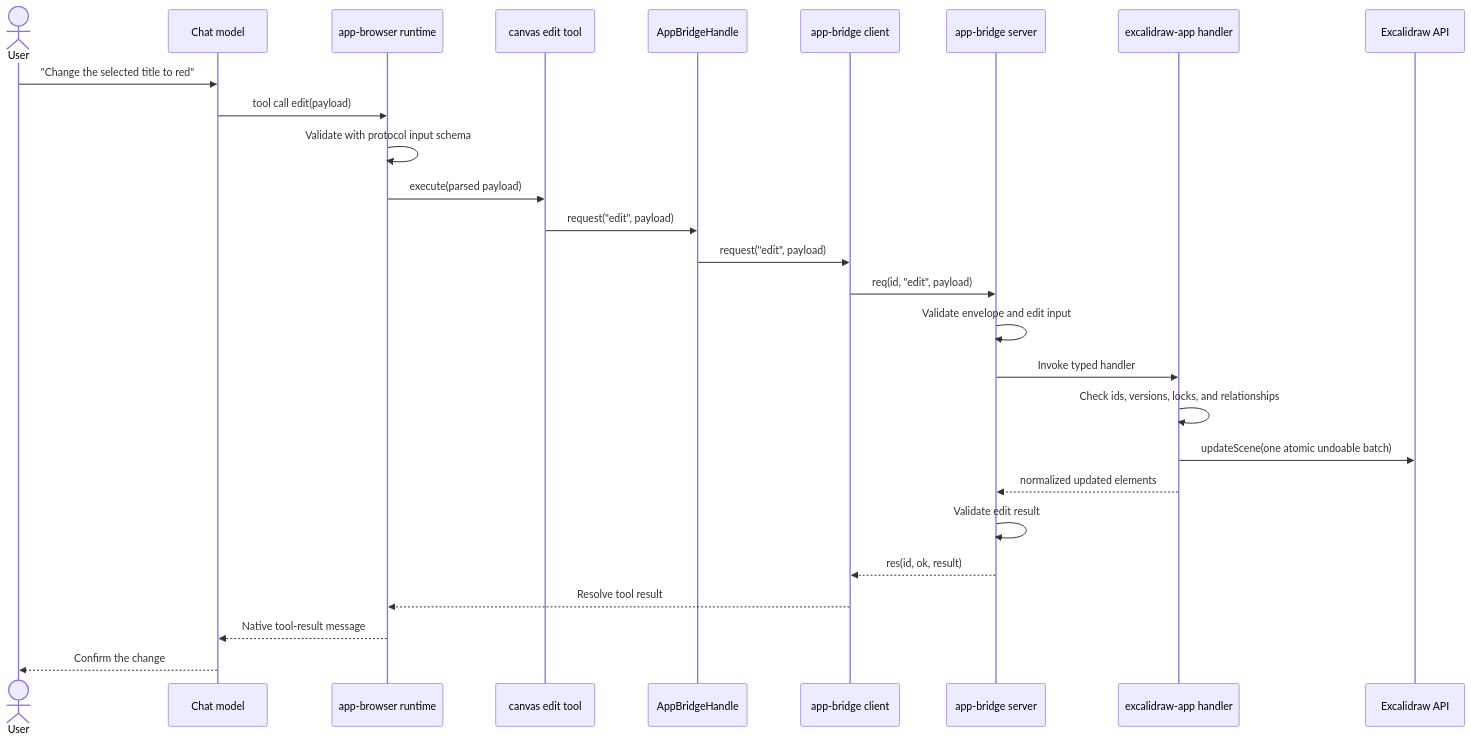
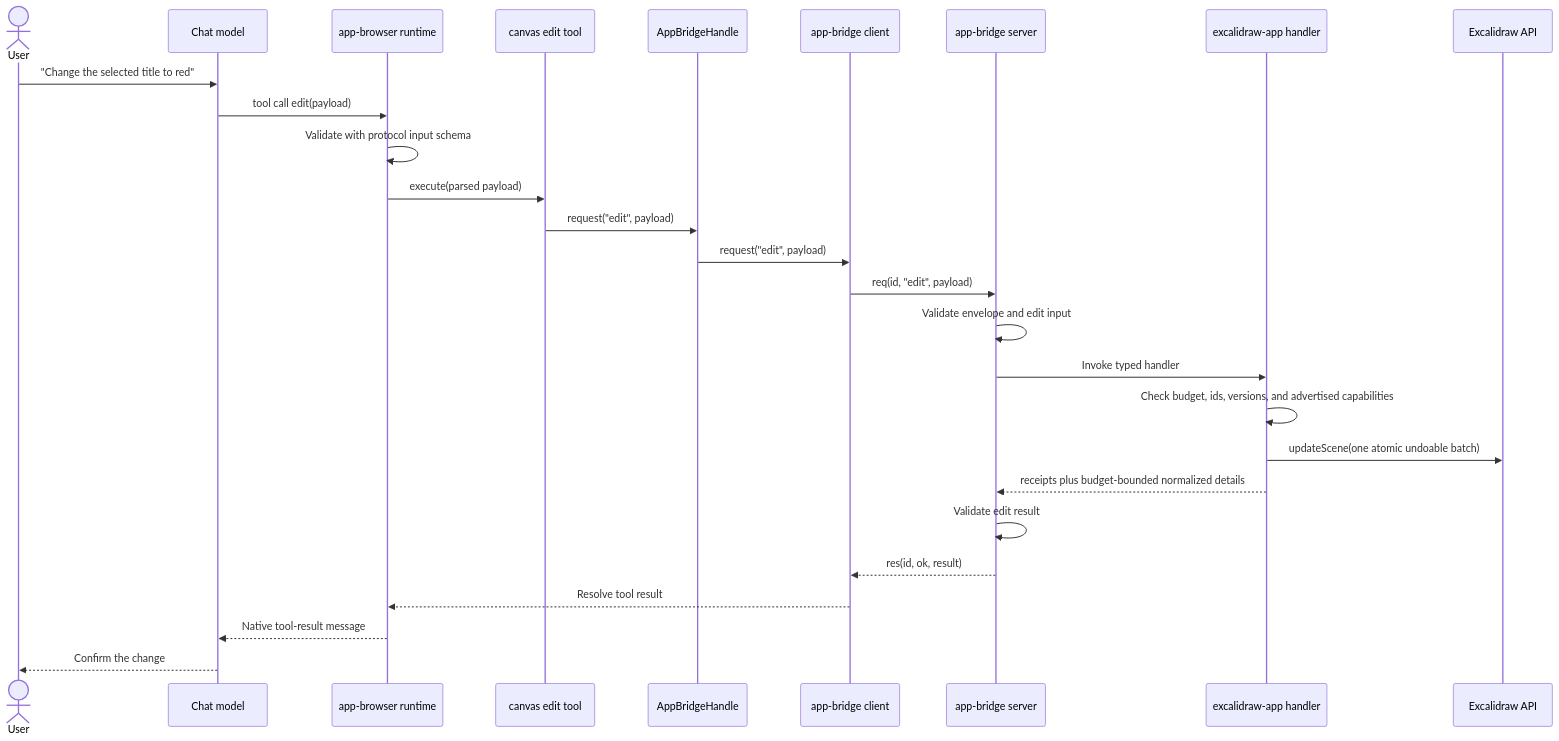
The ninth of 9 diagrams in docs/app-harness.md (NNTin/tinytinkerer), drawn with Mermaid before and after one commit. The commit also changed other lines of this file and 24 other files, not shown here.

````diff
--- a/docs/app-harness.md
+++ b/docs/app-harness.md
@@ -388,30 +505,30 @@
 ```mermaid
 sequenceDiagram
   actor User
   participant Model as Chat model
   participant Runtime as app-browser runtime
   participant Tool as canvas edit tool
   participant Handle as AppBridgeHandle
   participant Client as app-bridge client
   participant Server as app-bridge server
   participant Handler as excalidraw-app handler
   participant API as Excalidraw API
 
   User->>Model: "Change the selected title to red"
   Model->>Runtime: tool call edit(payload)
   Runtime->>Runtime: Validate with protocol input schema
   Runtime->>Tool: execute(parsed payload)
   Tool->>Handle: request("edit", payload)
   Handle->>Client: request("edit", payload)
   Client->>Server: req(id, "edit", payload)
   Server->>Server: Validate envelope and edit input
   Server->>Handler: Invoke typed handler
-  Handler->>Handler: Check ids, versions, locks, and relationships
+  Handler->>Handler: Check budget, ids, versions, and advertised capabilities
   Handler->>API: updateScene(one atomic undoable batch)
-  Handler-->>Server: normalized updated elements
+  Handler-->>Server: receipts plus budget-bounded normalized details
   Server->>Server: Validate edit result
   Server-->>Client: res(id, ok, result)
   Client-->>Runtime: Resolve tool result
   Runtime-->>Model: Native tool-result message
   Model-->>User: Confirm the change
 ```
````
